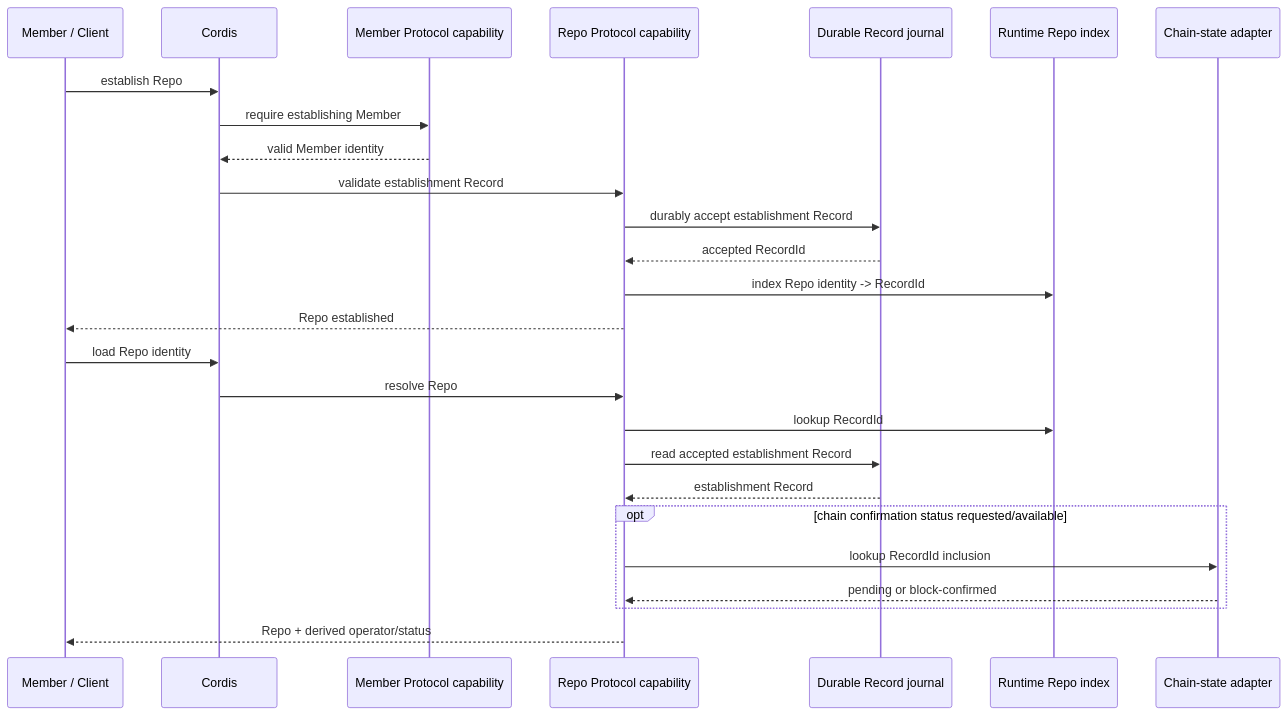
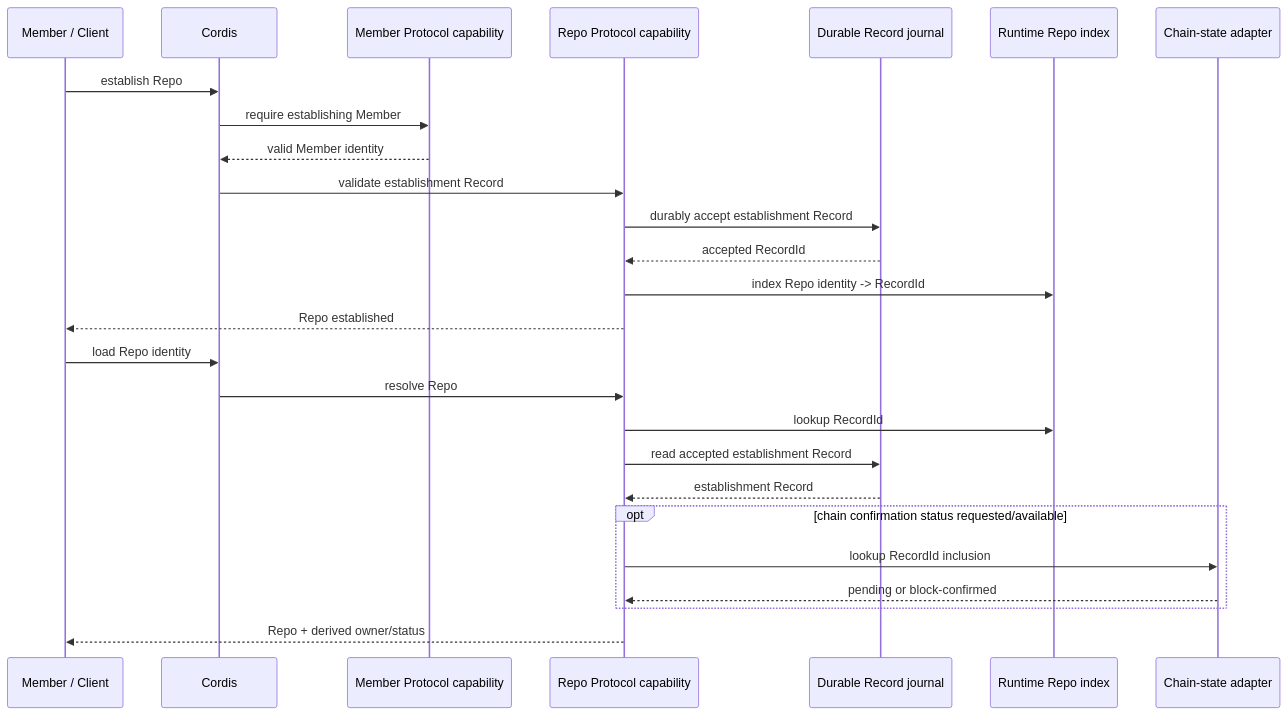
Before and after one commit to labourchain/repository: the third of 5 diagrams in docs/architecture.md, drawn with Mermaid. The commit also changed other lines of this file, not shown here.

Commit message:
docs: align Repository architecture with ownership and operator trace

````diff
--- a/docs/architecture.md
+++ b/docs/architecture.md
@@ -268,30 +272,30 @@
 ```mermaid
 sequenceDiagram
     participant Member as Member / Client
     participant Cordis as Cordis
     participant MemberProtocol as Member Protocol capability
     participant Repo as Repo Protocol capability
     participant Journal as Durable Record journal
     participant Index as Runtime Repo index
     participant Chain as Chain-state adapter
 
     Member->>Cordis: establish Repo
     Cordis->>MemberProtocol: require establishing Member
     MemberProtocol-->>Cordis: valid Member identity
     Cordis->>Repo: validate establishment Record
     Repo->>Journal: durably accept establishment Record
     Journal-->>Repo: accepted RecordId
     Repo->>Index: index Repo identity -> RecordId
     Repo-->>Member: Repo established
 
     Member->>Cordis: load Repo identity
     Cordis->>Repo: resolve Repo
     Repo->>Index: lookup RecordId
     Repo->>Journal: read accepted establishment Record
     Journal-->>Repo: establishment Record
     opt chain confirmation status requested/available
         Repo->>Chain: lookup RecordId inclusion
         Chain-->>Repo: pending or block-confirmed
     end
-    Repo-->>Member: Repo + derived operator/status
+    Repo-->>Member: Repo + derived owner/status
 ```
````
